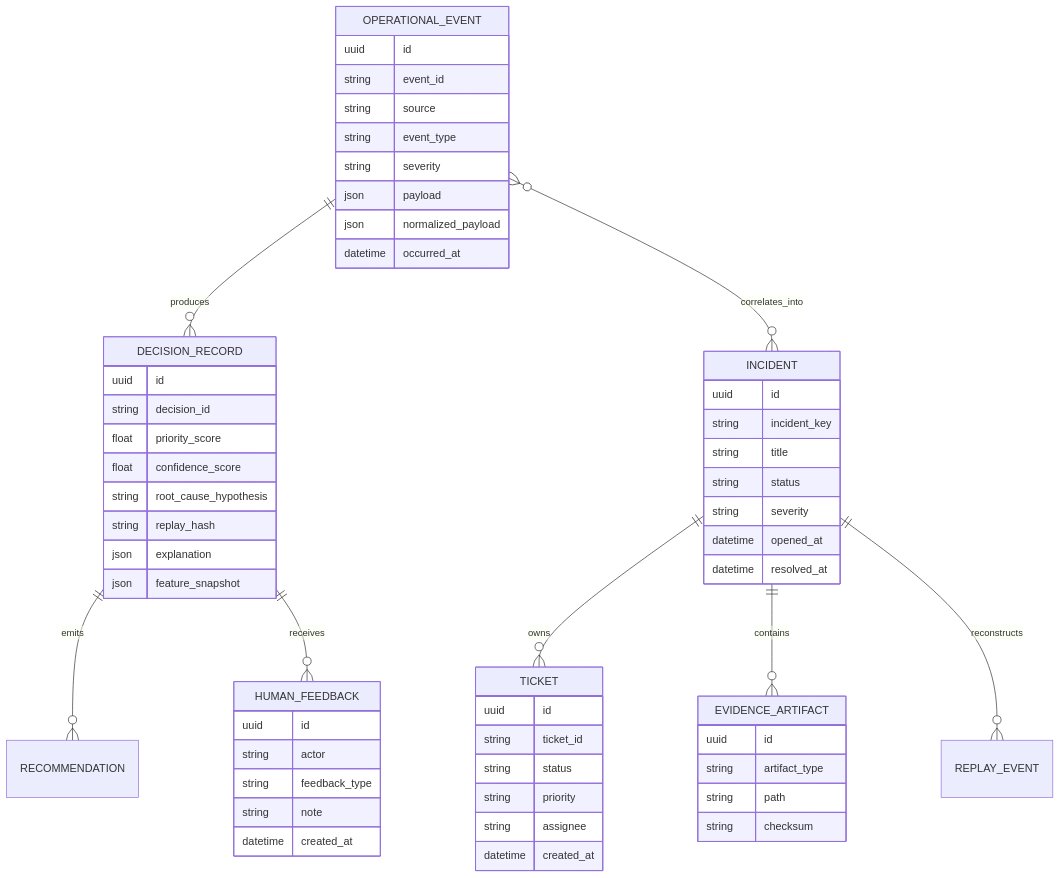
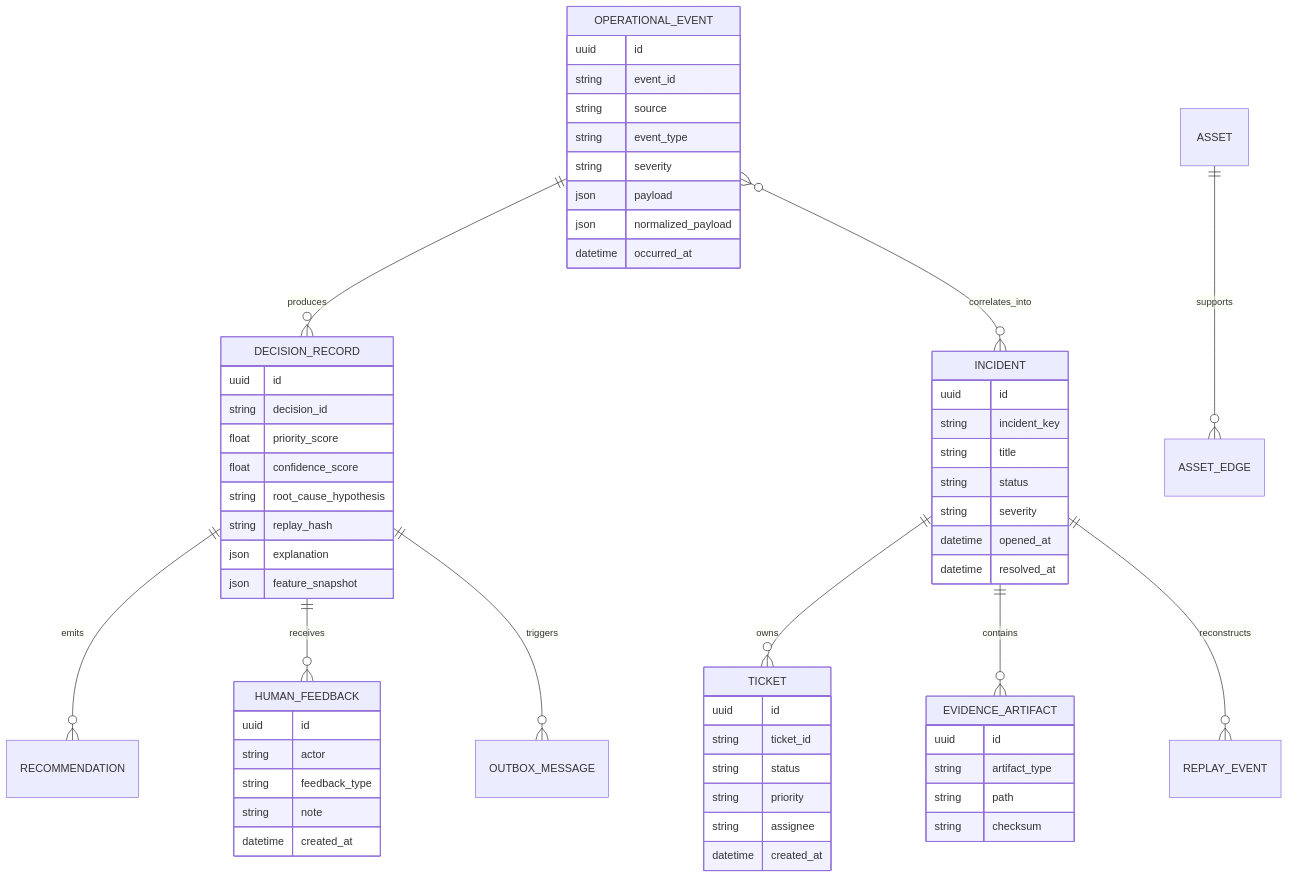
The diagram in docs/09-data-model.md (AngelP17/Praxis), drawn with Mermaid before and after one commit. The commit also changed other lines of this file and 32 other files, not shown here.

````diff
--- a/docs/09-data-model.md
+++ b/docs/09-data-model.md
@@ -5,66 +5,68 @@
 ```mermaid
 erDiagram
     OPERATIONAL_EVENT ||--o{ DECISION_RECORD : produces
     OPERATIONAL_EVENT }o--o{ INCIDENT : correlates_into
     INCIDENT ||--o{ TICKET : owns
     DECISION_RECORD ||--o{ RECOMMENDATION : emits
     DECISION_RECORD ||--o{ HUMAN_FEEDBACK : receives
+    ASSET ||--o{ ASSET_EDGE : supports
+    DECISION_RECORD ||--o{ OUTBOX_MESSAGE : triggers
     INCIDENT ||--o{ EVIDENCE_ARTIFACT : contains
     INCIDENT ||--o{ REPLAY_EVENT : reconstructs
 
     OPERATIONAL_EVENT {
         uuid id
         string event_id
         string source
         string event_type
         string severity
         json payload
         json normalized_payload
         datetime occurred_at
     }
 
     DECISION_RECORD {
         uuid id
         string decision_id
         float priority_score
         float confidence_score
         string root_cause_hypothesis
         string replay_hash
         json explanation
         json feature_snapshot
     }
 
     INCIDENT {
         uuid id
         string incident_key
         string title
         string status
         string severity
         datetime opened_at
         datetime resolved_at
     }
 
     TICKET {
         uuid id
         string ticket_id
         string status
         string priority
         string assignee
         datetime created_at
     }
 
     HUMAN_FEEDBACK {
         uuid id
         string actor
         string feedback_type
         string note
         datetime created_at
     }
 
     EVIDENCE_ARTIFACT {
         uuid id
         string artifact_type
         string path
         string checksum
     }
 ```
````
